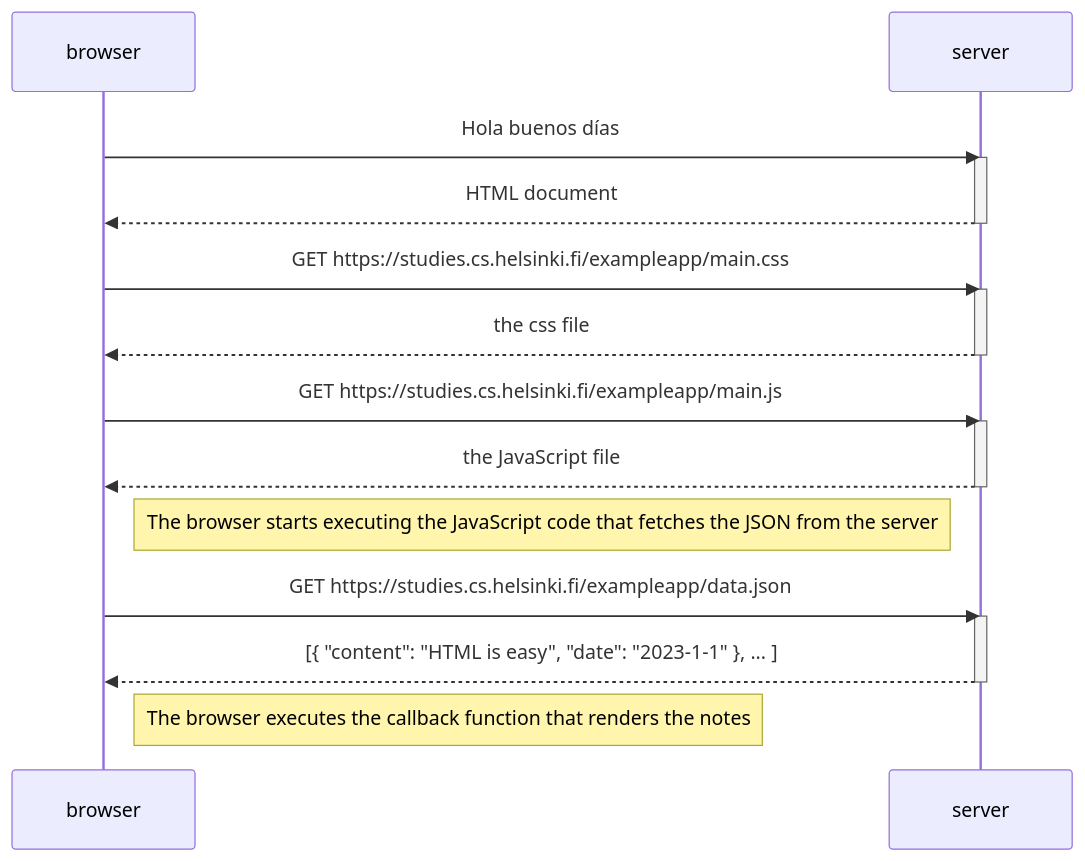
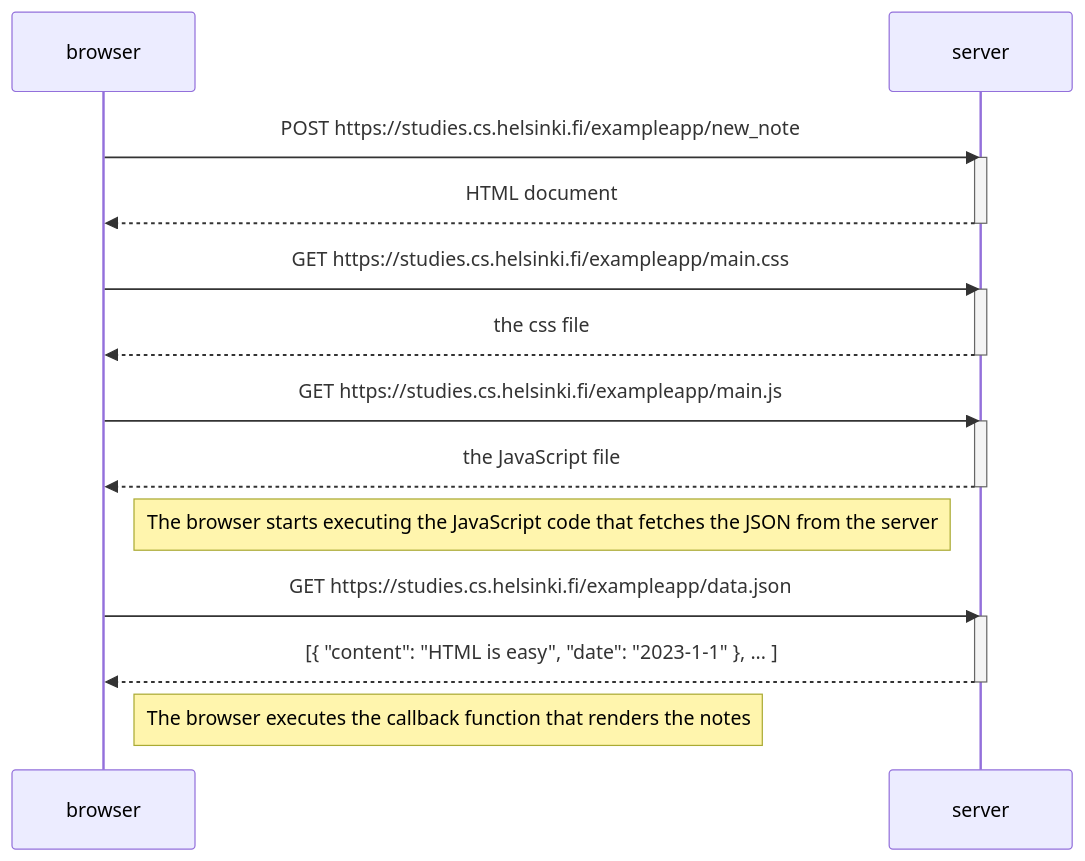
Before and after one commit to Tokosan/fullstack: the second of 2 diagrams in part0/README.md, drawn with Mermaid.

````diff
--- a/part0/README.md
+++ b/part0/README.md
@@ -37,29 +37,29 @@
 ```mermaid
 sequenceDiagram
     participant browser
     participant server
 
-    browser->>server: Hola buenos días
+    browser->>server: POST https://studies.cs.helsinki.fi/exampleapp/new_note
     activate server
     server-->>browser: HTML document
     deactivate server
 
     browser->>server: GET https://studies.cs.helsinki.fi/exampleapp/main.css
     activate server
     server-->>browser: the css file
     deactivate server
 
     browser->>server: GET https://studies.cs.helsinki.fi/exampleapp/main.js
     activate server
     server-->>browser: the JavaScript file
     deactivate server
 
     Note right of browser: The browser starts executing the JavaScript code that fetches the JSON from the server
 
     browser->>server: GET https://studies.cs.helsinki.fi/exampleapp/data.json
     activate server
     server-->>browser: [{ "content": "HTML is easy", "date": "2023-1-1" }, ... ]
     deactivate server
 
     Note right of browser: The browser executes the callback function that renders the notes
 ```
````
